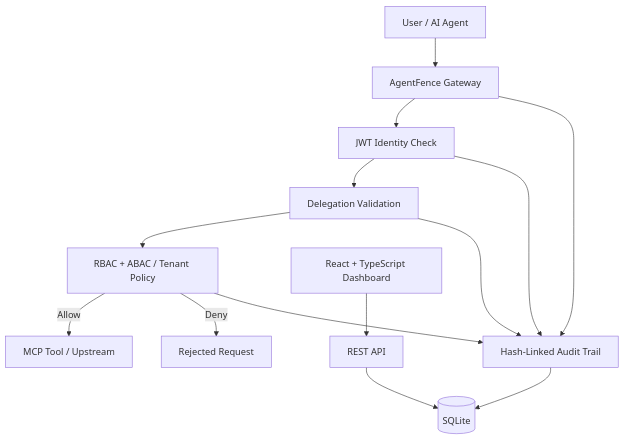
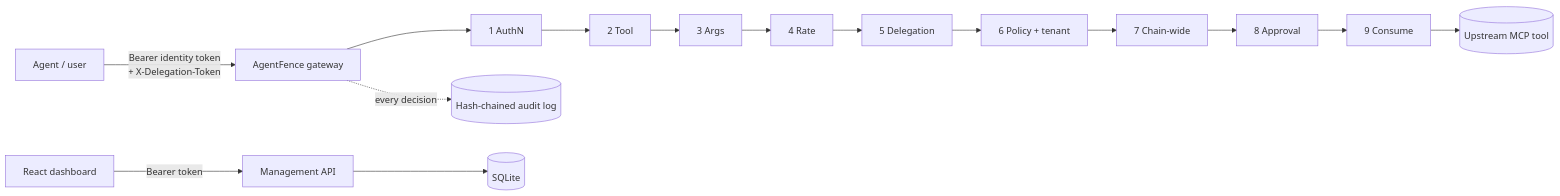
The diagram in README.md (nimeshupadhyay12/AgentFence), drawn with Mermaid before and after one commit. The commit also changed other lines of this file and 2 other files, not shown here.

````diff
--- a/README.md
+++ b/README.md
@@ -74,16 +68,8 @@
 ```mermaid
-flowchart TD
-  Caller[User / AI Agent] --> Gateway[AgentFence Gateway]
-  Gateway --> Identity[JWT Identity Check]
-  Identity --> Delegation[Delegation Validation]
-  Delegation --> Policy[RBAC + ABAC / Tenant Policy]
-  Policy -->|Allow| Tool[MCP Tool / Upstream]
-  Policy -->|Deny| Reject[Rejected Request]
-  Gateway --> Audit[Hash-Linked Audit Trail]
-  Identity --> Audit
-  Delegation --> Audit
-  Policy --> Audit
-  Audit --> DB[(SQLite)]
-  Dashboard[React + TypeScript Dashboard] --> API[REST API]
-  API --> DB
+flowchart LR
+  A[Agent / user] -->|Bearer identity token<br/>+ X-Delegation-Token| G[AgentFence gateway]
+  G --> S1[1 AuthN] --> S2[2 Tool] --> S3[3 Args] --> S4[4 Rate] --> S5[5 Delegation]
+  S5 --> S6[6 Policy + tenant] --> S7[7 Chain-wide] --> S8[8 Approval] --> S9[9 Consume] --> U[(Upstream MCP tool)]
+  G -. every decision .-> L[(Hash-chained audit log)]
+  D[React dashboard] -->|Bearer token| M[Management API] --> DB[(SQLite)]
 ```
````
